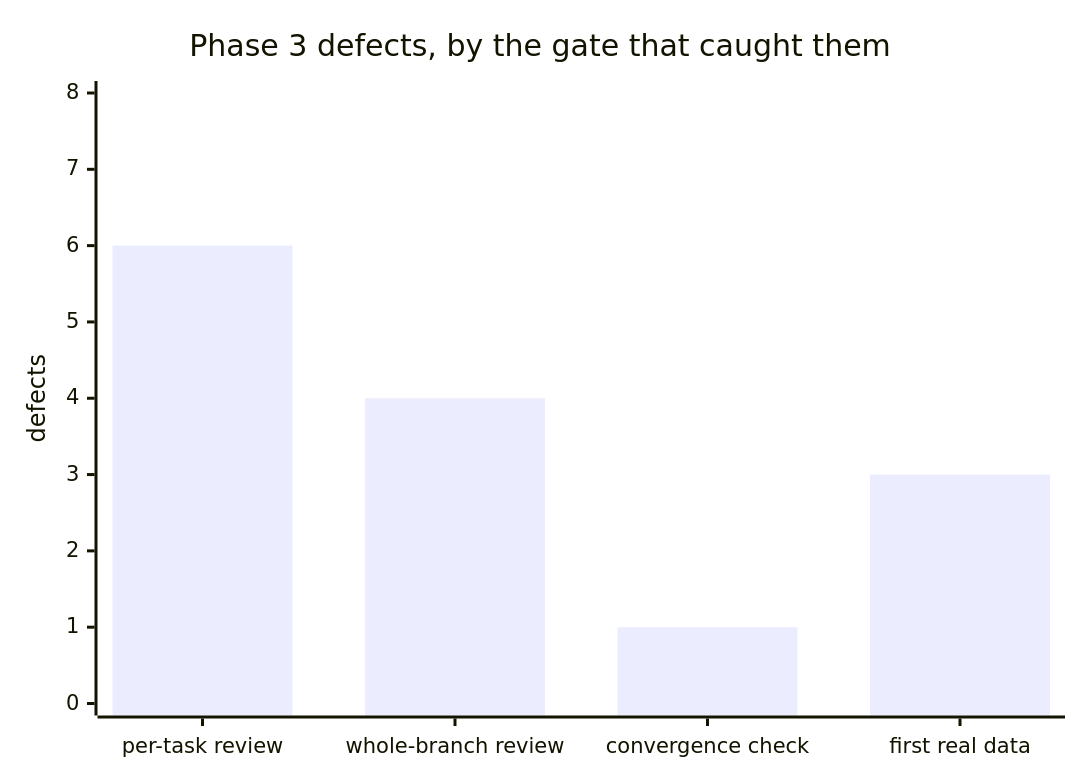
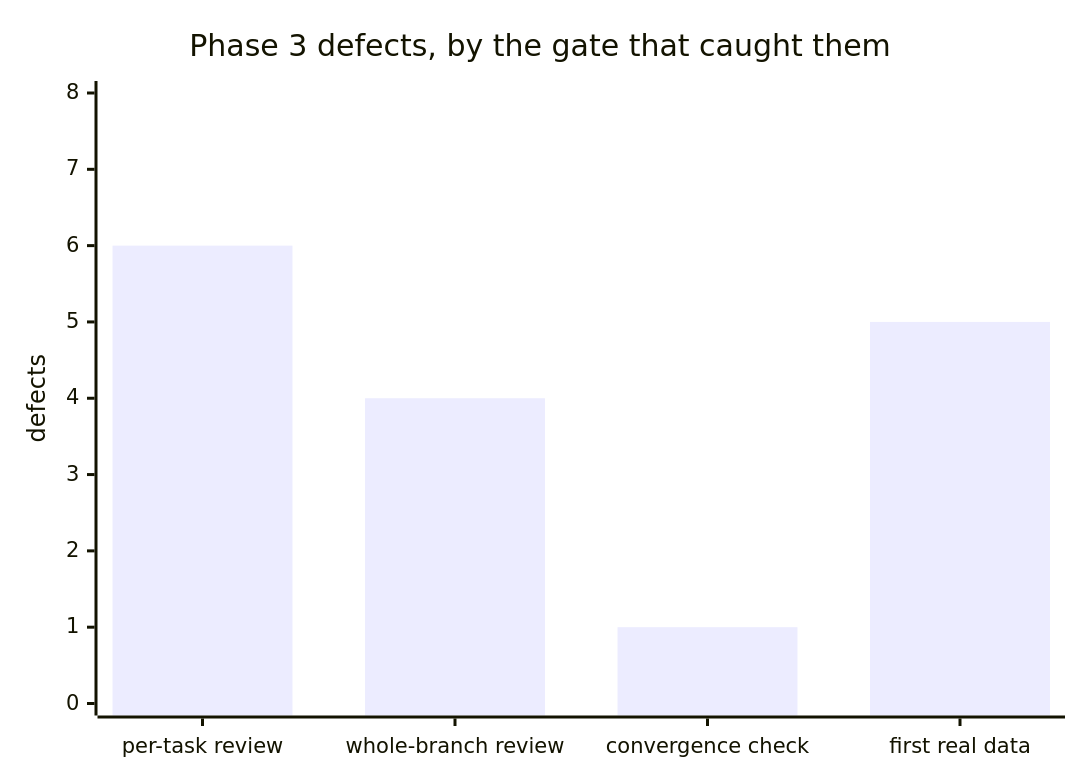
One commit to Binchitects/argus changed the fifth of 5 diagrams in docs/kpis.md. Above: the diagram before and after it, drawn with Mermaid. The commit also changed other lines of this file and 4 other files, not shown here.

````diff
--- a/docs/kpis.md
+++ b/docs/kpis.md
@@ -159,7 +172,7 @@
 ```mermaid
 xychart-beta
     title "Phase 3 defects, by the gate that caught them"
     x-axis ["per-task review", "whole-branch review", "convergence check", "first real data"]
     y-axis "defects" 0 --> 8
-    bar [6, 4, 1, 3]
+    bar [6, 4, 1, 5]
 ```
````
